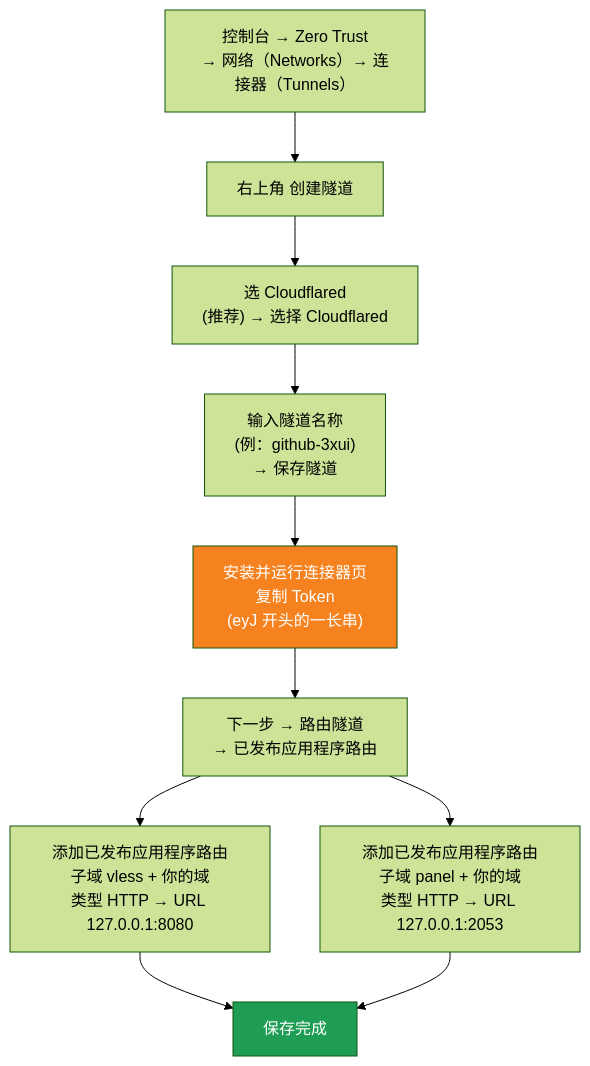
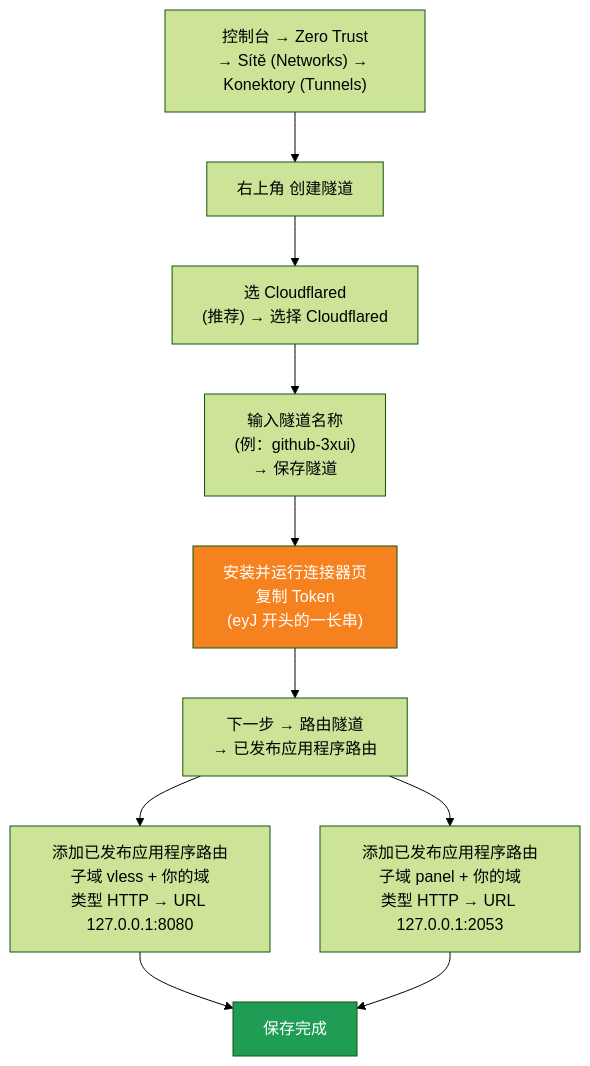
Before and after one commit to 1246437945/cloud-3xui: the third of 3 diagrams in README.cs.md, drawn with Mermaid (forest theme). The commit also changed other lines of this file, not shown here.

Commit message:
docs: UI labels

````diff
--- a/README.cs.md
+++ b/README.cs.md
@@ -72,15 +72,15 @@
 ```mermaid
 flowchart TD
-    A["控制台 → Zero Trust<br/>→ 网络（Networks）→ 连接器（Tunnels）"] --> B["右上角 创建隧道"]
+    A["控制台 → Zero Trust<br/>→ Sítě (Networks) → Konektory (Tunnels)"] --> B["右上角 创建隧道"]
     B --> C["选 Cloudflared<br/>(推荐) → 选择 Cloudflared"]
     C --> D["输入隧道名称<br/>(例：github-3xui)<br/>→ 保存隧道"]
     D --> E["安装并运行连接器页<br/>复制 Token<br/>(eyJ 开头的一长串)"]
     E --> F["下一步 → 路由隧道<br/>→ 已发布应用程序路由"]
     F --> G["添加已发布应用程序路由<br/>子域 vless + 你的域<br/>类型 HTTP → URL 127.0.0.1:8080"]
     F --> H["添加已发布应用程序路由<br/>子域 panel + 你的域<br/>类型 HTTP → URL 127.0.0.1:2053"]
     G --> I["保存完成"]
     H --> I
 
     style E fill:#f6821f,color:#fff
     style I fill:#1f9d55,color:#fff
 ```
````
